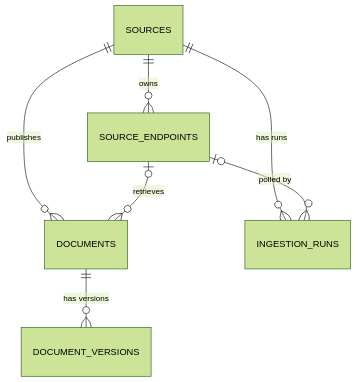
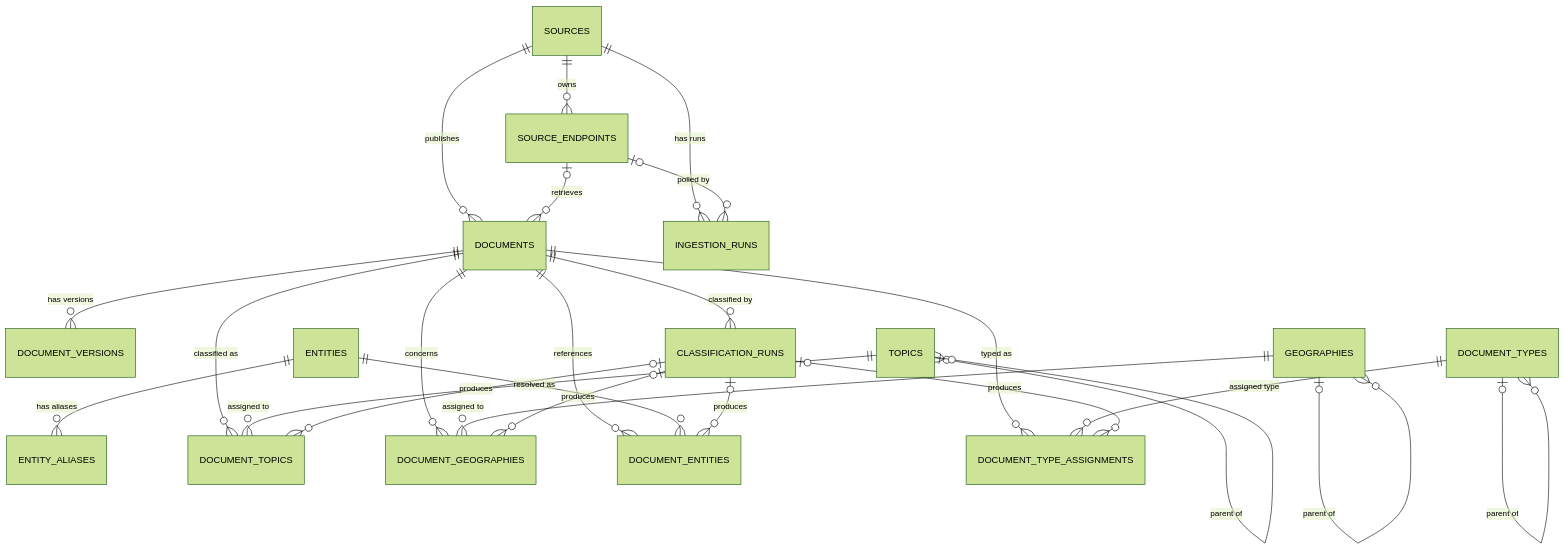
One commit to shineshadow/Global-News-Intelligence-Platform changed the diagram in docs/database/DATABASE_SCHEMA.md. Above: the diagram before and after it, drawn with Mermaid (forest theme). The commit also changed other lines of this file and 1 other file, not shown here.

Commit message:
Document classification schema

````diff
--- a/docs/database/DATABASE_SCHEMA.md
+++ b/docs/database/DATABASE_SCHEMA.md
@@ -54,11 +66,35 @@
 ```mermaid
 erDiagram
     SOURCES ||--o{ SOURCE_ENDPOINTS : "owns"
     SOURCES ||--o{ DOCUMENTS : "publishes"
     SOURCES ||--o{ INGESTION_RUNS : "has runs"
 
     SOURCE_ENDPOINTS o|--o{ DOCUMENTS : "retrieves"
     SOURCE_ENDPOINTS o|--o{ INGESTION_RUNS : "polled by"
 
     DOCUMENTS ||--o{ DOCUMENT_VERSIONS : "has versions"
+    DOCUMENTS ||--o{ CLASSIFICATION_RUNS : "classified by"
+
+    TOPICS o|--o{ TOPICS : "parent of"
+    GEOGRAPHIES o|--o{ GEOGRAPHIES : "parent of"
+    DOCUMENT_TYPES o|--o{ DOCUMENT_TYPES : "parent of"
+
+    ENTITIES ||--o{ ENTITY_ALIASES : "has aliases"
+
+    DOCUMENTS ||--o{ DOCUMENT_TOPICS : "classified as"
+    TOPICS ||--o{ DOCUMENT_TOPICS : "assigned to"
+
+    DOCUMENTS ||--o{ DOCUMENT_GEOGRAPHIES : "concerns"
+    GEOGRAPHIES ||--o{ DOCUMENT_GEOGRAPHIES : "assigned to"
+
+    DOCUMENTS ||--o{ DOCUMENT_ENTITIES : "references"
+    ENTITIES ||--o{ DOCUMENT_ENTITIES : "resolved as"
+
+    DOCUMENTS ||--o{ DOCUMENT_TYPE_ASSIGNMENTS : "typed as"
+    DOCUMENT_TYPES ||--o{ DOCUMENT_TYPE_ASSIGNMENTS : "assigned type"
+
+    CLASSIFICATION_RUNS o|--o{ DOCUMENT_TOPICS : "produces"
+    CLASSIFICATION_RUNS o|--o{ DOCUMENT_GEOGRAPHIES : "produces"
+    CLASSIFICATION_RUNS o|--o{ DOCUMENT_ENTITIES : "produces"
+    CLASSIFICATION_RUNS o|--o{ DOCUMENT_TYPE_ASSIGNMENTS : "produces"
 ```
````
